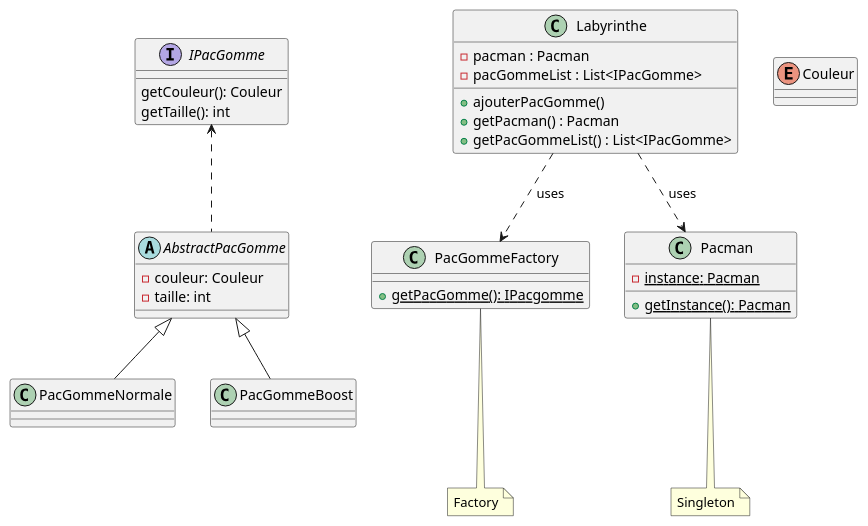
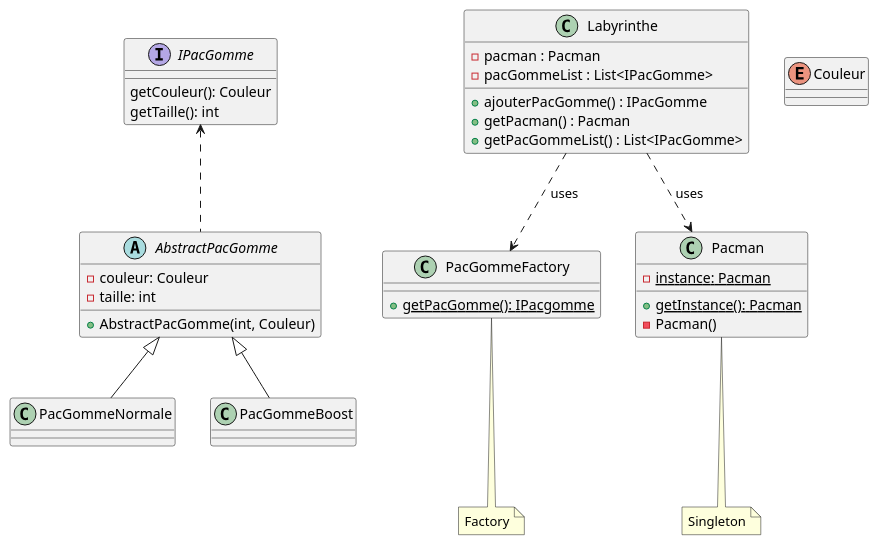
The diagram in src/uml/UML.puml (jandry/tetras-dm1-2022), drawn with PlantUML before and after one commit. The commit also changed 1 other file, not shown here.

```diff
--- a/src/uml/UML.puml
+++ b/src/uml/UML.puml
@@ -1,49 +1,51 @@
 @startuml Pacman
 
 class Labyrinthe {
      - pacman : Pacman
      - pacGommeList : List<IPacGomme>
-     + ajouterPacGomme()
+     + ajouterPacGomme() : IPacGomme
      + getPacman() : Pacman
      + getPacGommeList() : List<IPacGomme>
 }
 
 
 enum Couleur
 
 interface IPacGomme {
      getCouleur(): Couleur
      getTaille(): int
 }
 
 abstract AbstractPacGomme {
      - couleur: Couleur
      - taille: int
+     + AbstractPacGomme(int, Couleur)
 }
 
 class PacGommeNormale
 class PacGommeBoost
 
 PacGommeNormale -u-|> AbstractPacGomme
 PacGommeBoost -u-|> AbstractPacGomme
 AbstractPacGomme .u.> IPacGomme
 
 class PacGommeFactory {
      {static} + getPacGomme(): IPacgomme
 }
 
 note "Factory" as N1
 PacGommeFactory ... N1
 
 
 class Pacman {
     {static} - instance: Pacman
     {static} + getInstance(): Pacman
+     - Pacman()
 }
 note "Singleton" as N2
 Pacman ... N2
 
 Labyrinthe ..> PacGommeFactory : uses
 Labyrinthe ..> Pacman : uses
 
 @enduml[]
```
